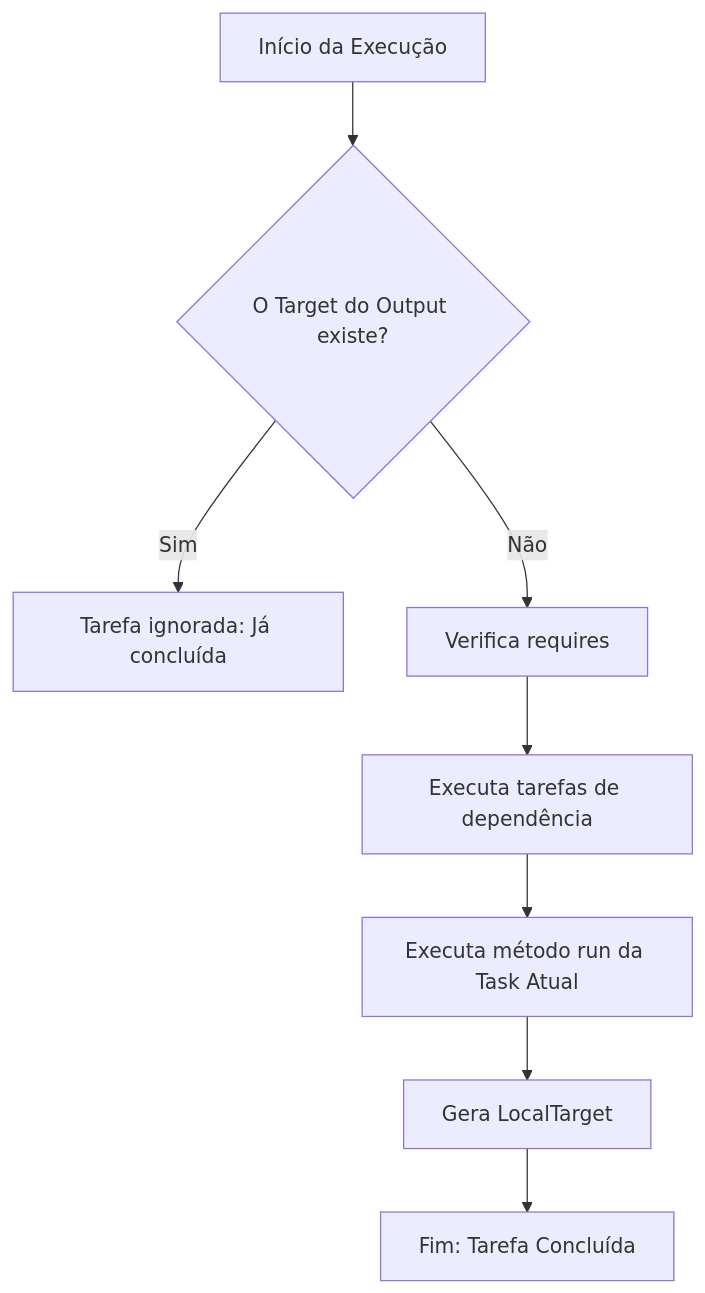
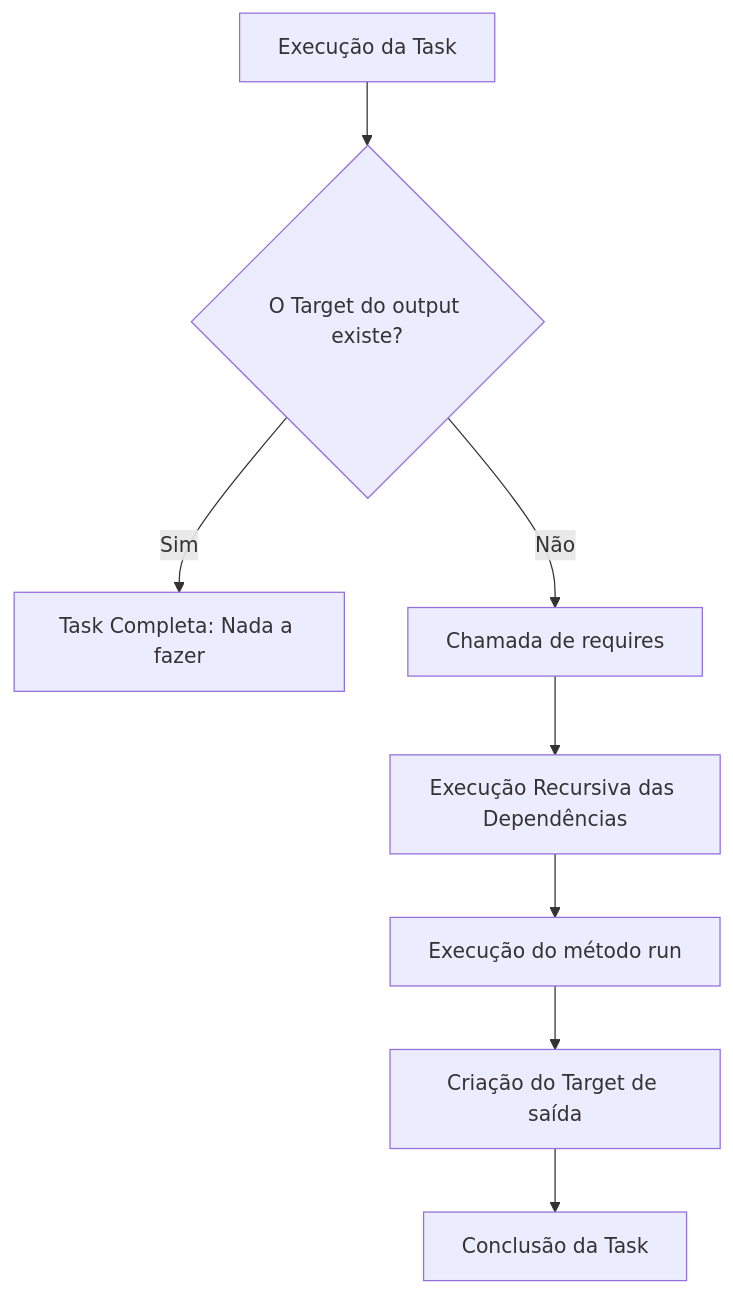
Before and after one commit to ArkellChandler/dev-log: the third of 3 diagrams in excel/fluxogramas_teoria.md, drawn with Mermaid. The commit also changed other lines of this file, not shown here.

````diff
--- a/excel/fluxogramas_teoria.md
+++ b/excel/fluxogramas_teoria.md
@@ -38,10 +41,10 @@
 ```mermaid
 graph TD
-    Start[Início da Execução] --> CheckOutput{O Target do Output existe?}
-    CheckOutput -- Sim --> TaskDone[Tarefa ignorada: Já concluída]
-    CheckOutput -- Não --> CheckDeps[Verifica requires]
-    CheckDeps --> RunDeps[Executa tarefas de dependência]
-    RunDeps --> RunTask[Executa método run da Task Atual]
-    RunTask --> CreateTarget[Gera LocalTarget]
-    CreateTarget --> End[Fim: Tarefa Concluída]
+    A[Execução da Task] --> B{O Target do output existe?}
+    B -- Sim --> C[Task Completa: Nada a fazer]
+    B -- Não --> D[Chamada de requires]
+    D --> E[Execução Recursiva das Dependências]
+    E --> F[Execução do método run]
+    F --> G[Criação do Target de saída]
+    G --> H[Conclusão da Task]
 ```
````
